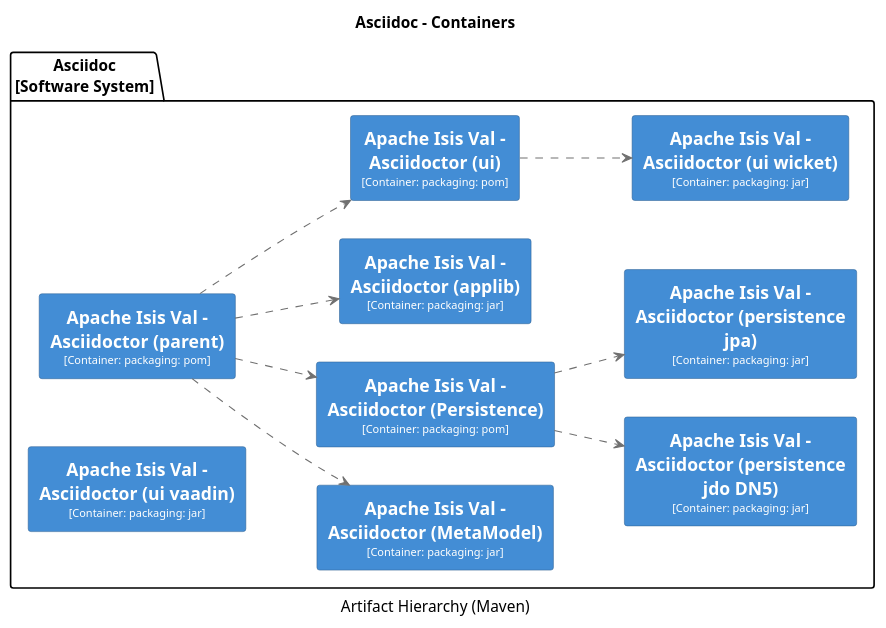
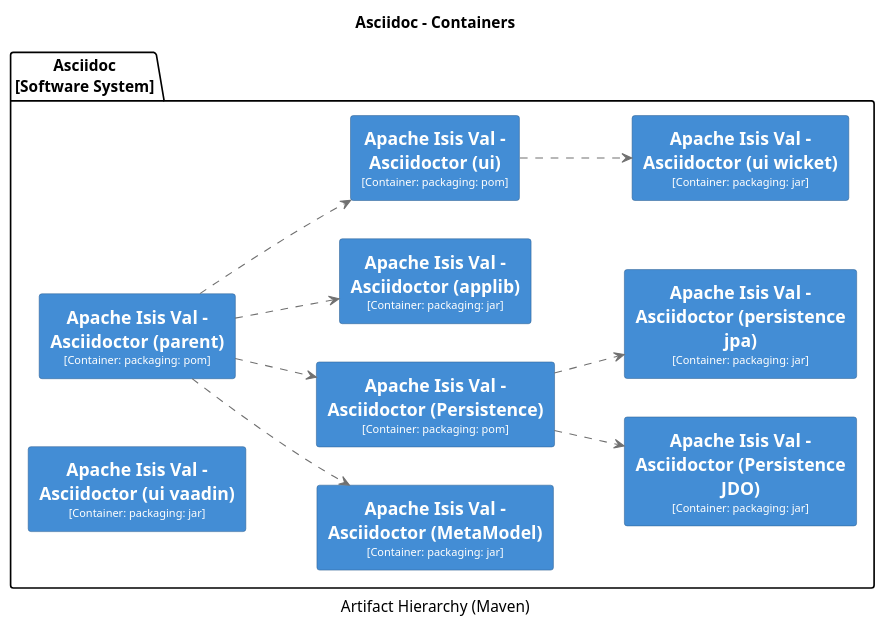
One commit to apache/causeway changed diagram 18 of 38 in core/adoc/modules/_overview/pages/about.adoc. Above: the diagram before and after it, drawn with PlantUML. The commit also changed other lines of this file and 130 other files, not shown here.

```diff
--- a/core/adoc/modules/_overview/pages/about.adoc
+++ b/core/adoc/modules/_overview/pages/about.adoc
@@ -2838,80 +3256,80 @@
 [plantuml,Asciidoc,svg]
 ----
 @startuml(id=Asciidoc)
 title Asciidoc - Containers
 caption Artifact Hierarchy (Maven)
 
 skinparam {
   shadowing false
   arrowFontSize 10
   defaultTextAlignment center
   wrapWidth 200
   maxMessageSize 100
 }
 hide stereotype
 left to right direction
 skinparam rectangle<<2>> {
   BackgroundColor #438dd5
   FontColor #fffffe
   BorderColor #2E6295
 }
 skinparam rectangle<<3>> {
   BackgroundColor #438dd5
   FontColor #fffffe
   BorderColor #2E6295
 }
 skinparam rectangle<<4>> {
   BackgroundColor #438dd5
   FontColor #fffffe
   BorderColor #2E6295
 }
 skinparam rectangle<<5>> {
   BackgroundColor #438dd5
   FontColor #fffffe
   BorderColor #2E6295
 }
 skinparam rectangle<<6>> {
   BackgroundColor #438dd5
   FontColor #fffffe
   BorderColor #2E6295
 }
 skinparam rectangle<<7>> {
   BackgroundColor #438dd5
   FontColor #fffffe
   BorderColor #2E6295
 }
 skinparam rectangle<<8>> {
   BackgroundColor #438dd5
   FontColor #fffffe
   BorderColor #2E6295
 }
 skinparam rectangle<<9>> {
   BackgroundColor #438dd5
   FontColor #fffffe
   BorderColor #2E6295
 }
 skinparam rectangle<<10>> {
   BackgroundColor #438dd5
   FontColor #fffffe
   BorderColor #2E6295
 }
 package "Asciidoc\n[Software System]" {
   rectangle "==Apache Isis Val - Asciidoctor (MetaModel)\n<size:10>[Container: packaging: jar]</size>" <<4>> as 4
+  rectangle "==Apache Isis Val - Asciidoctor (Persistence JDO)\n<size:10>[Container: packaging: jar]</size>" <<6>> as 6
   rectangle "==Apache Isis Val - Asciidoctor (Persistence)\n<size:10>[Container: packaging: pom]</size>" <<5>> as 5
   rectangle "==Apache Isis Val - Asciidoctor (applib)\n<size:10>[Container: packaging: jar]</size>" <<3>> as 3
   rectangle "==Apache Isis Val - Asciidoctor (parent)\n<size:10>[Container: packaging: pom]</size>" <<2>> as 2
-  rectangle "==Apache Isis Val - Asciidoctor (persistence jdo DN5)\n<size:10>[Container: packaging: jar]</size>" <<6>> as 6
   rectangle "==Apache Isis Val - Asciidoctor (persistence jpa)\n<size:10>[Container: packaging: jar]</size>" <<7>> as 7
   rectangle "==Apache Isis Val - Asciidoctor (ui vaadin)\n<size:10>[Container: packaging: jar]</size>" <<9>> as 9
   rectangle "==Apache Isis Val - Asciidoctor (ui wicket)\n<size:10>[Container: packaging: jar]</size>" <<10>> as 10
   rectangle "==Apache Isis Val - Asciidoctor (ui)\n<size:10>[Container: packaging: pom]</size>" <<8>> as 8
 }
 5 .[#707070].> 6 : ""
 5 .[#707070].> 7 : ""
 2 .[#707070].> 4 : ""
 2 .[#707070].> 5 : ""
 2 .[#707070].> 3 : ""
 2 .[#707070].> 8 : ""
 8 .[#707070].> 10 : ""
 @enduml
 ----
```
